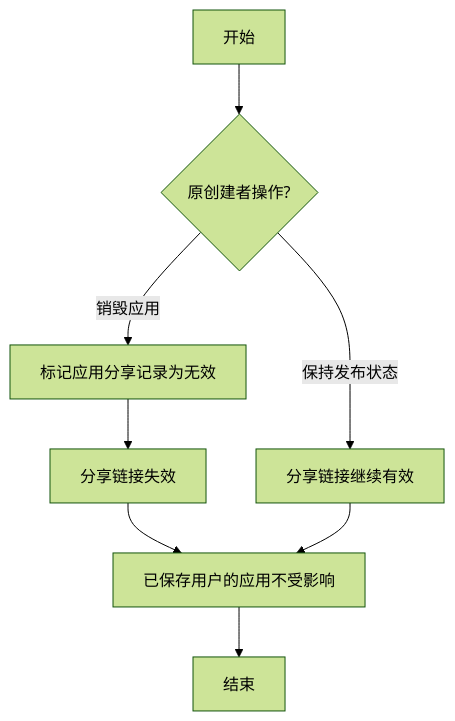
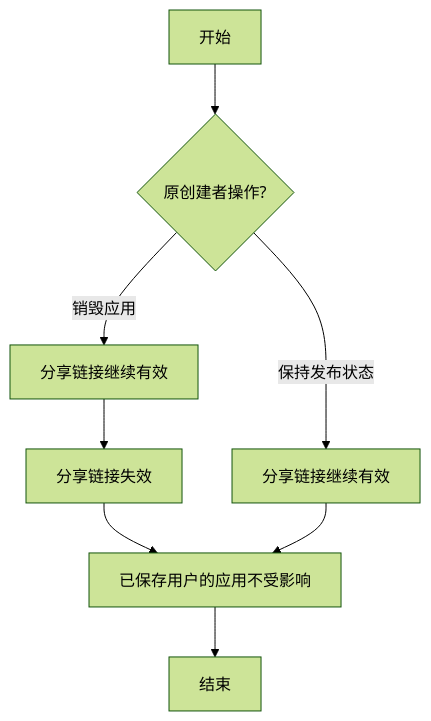
One commit to yingjianzh/iodraw-files changed the diagram in all/未命名-64.md. Above: the diagram before and after it, drawn with Mermaid (forest theme).

Commit message:
2025-05-21 18:32:18 update

````diff
--- a/all/未命名-64.md
+++ b/all/未命名-64.md
@@ -1,10 +1,10 @@
 ```mermaid
 flowchart TD
     A[开始] --> B{原创建者操作?}
-    B -->|销毁应用| C[标记应用分享记录为无效]
+    B -->|销毁应用| C[分享链接继续有效]
     C --> D[分享链接失效]
     B -->|保持发布状态| E[分享链接继续有效]
     D --> F[已保存用户的应用不受影响]
     E --> F
     F --> G[结束]
 ```
````
